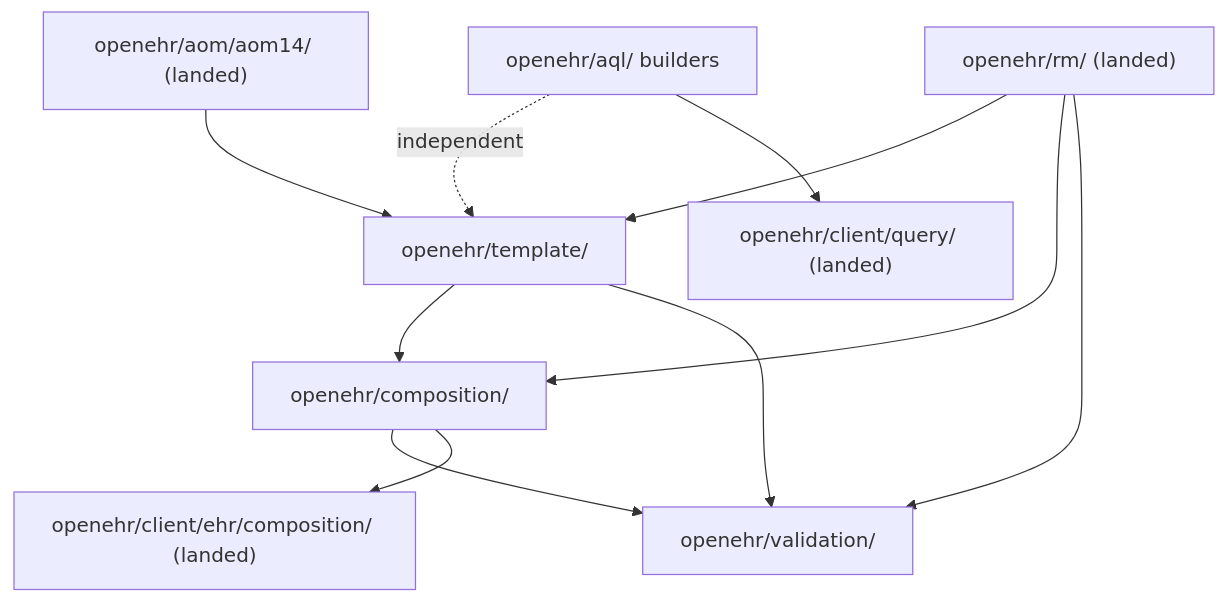
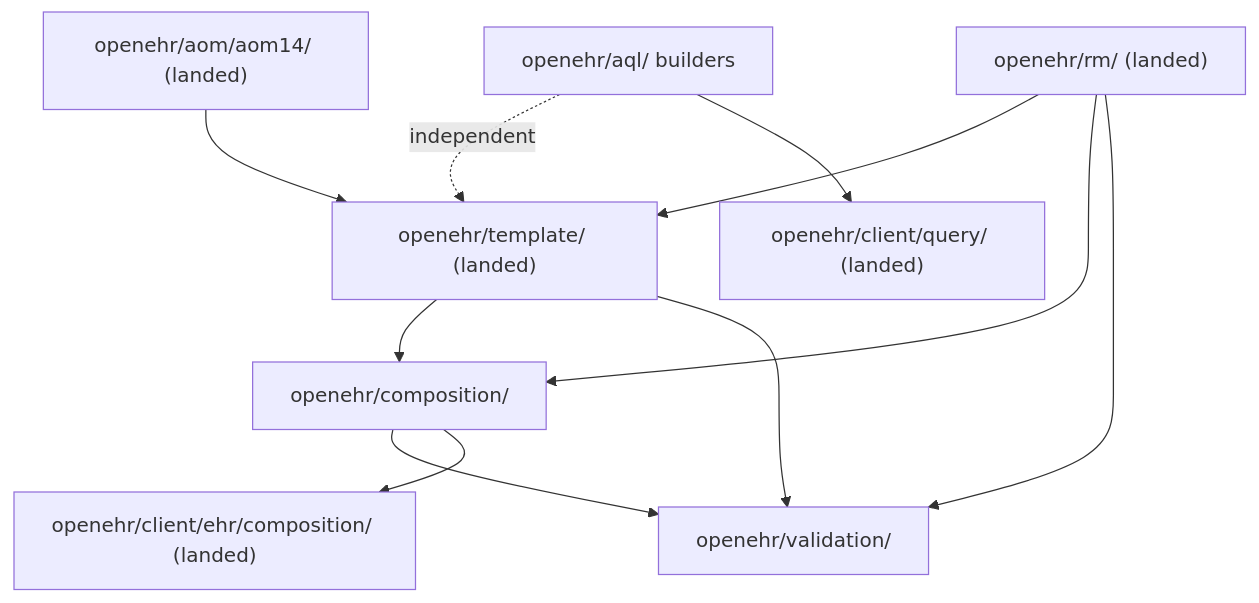
The diagram in docs/plans/2026-05-21-phase-2-clinical-building-blocks.md (Cadasto/openehr-sdk-go), drawn with Mermaid before and after one commit. The commit also changed other lines of this file and 3 other files, not shown here.

````diff
--- a/docs/plans/2026-05-21-phase-2-clinical-building-blocks.md
+++ b/docs/plans/2026-05-21-phase-2-clinical-building-blocks.md
@@ -31,22 +31,22 @@
 ```mermaid
 flowchart TD
   AOM["openehr/aom/aom14/ (landed)"]
   RM["openehr/rm/ (landed)"]
-  Template["openehr/template/"]
+  Template["openehr/template/ (landed)"]
   Composition["openehr/composition/"]
   Validation["openehr/validation/"]
   AqlBuild["openehr/aql/ builders"]
   AqlExec["openehr/client/query/ (landed)"]
   ClientComp["openehr/client/ehr/composition/ (landed)"]
 
   AOM --> Template
   RM --> Template
   RM --> Composition
   Template --> Composition
   Template --> Validation
   RM --> Validation
   Composition --> Validation
   AqlBuild -. independent .-> Template
   Composition --> ClientComp
   AqlBuild --> AqlExec
 ```
````
